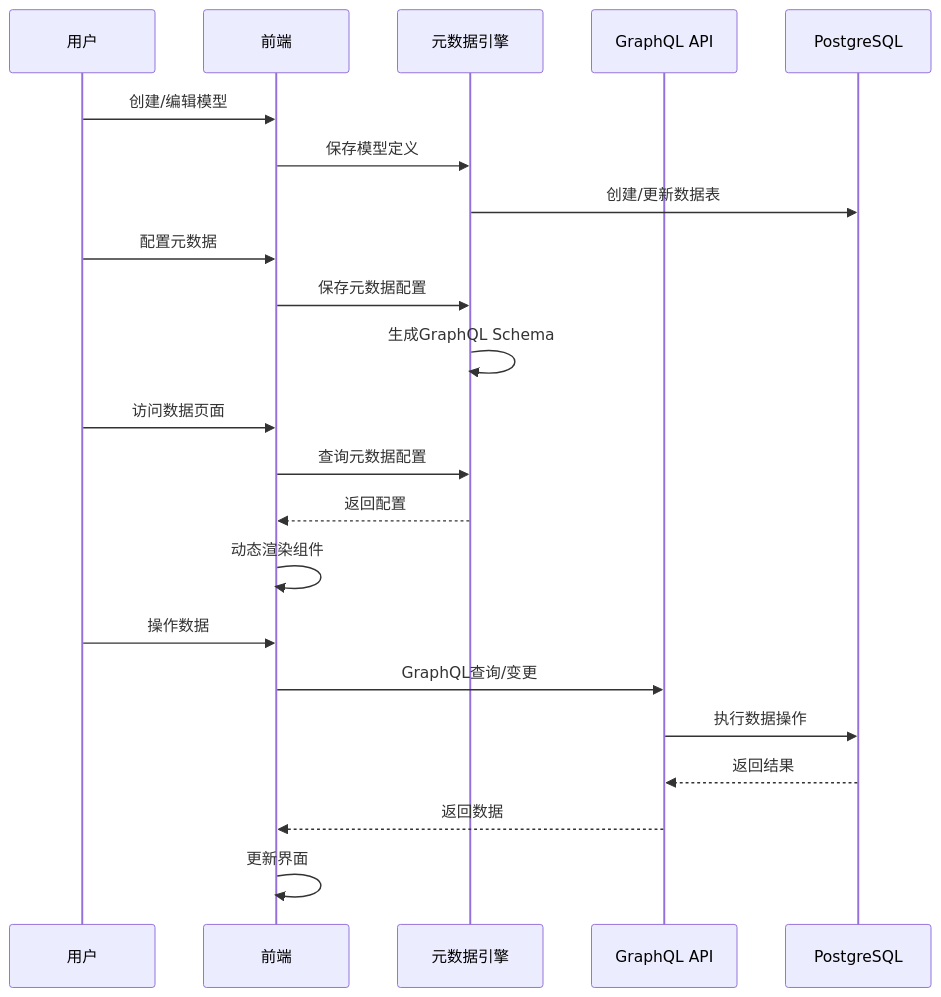
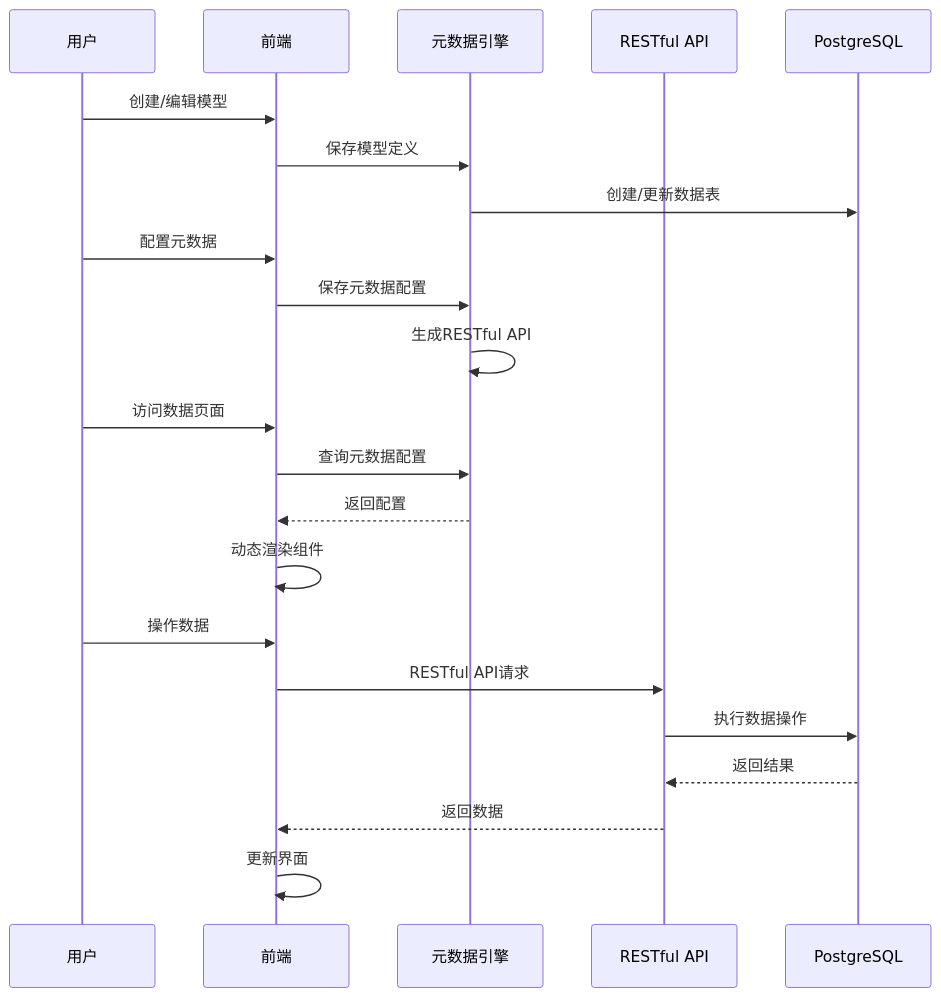
Before and after one commit to HeChuQIU/RuYi: the second of 3 diagrams in docs/architecture/system-architecture.md, drawn with Mermaid. The commit also changed other lines of this file and 6 other files, not shown here.

First line of the commit message:
更新技术栈和文档：迁移到 vue-admin-better 和 RESTful API

````diff
--- a/docs/architecture/system-architecture.md
+++ b/docs/architecture/system-architecture.md
@@ -72,28 +72,28 @@
 ```mermaid
 sequenceDiagram
     participant User as 用户
     participant Frontend as 前端
     participant MetadataEngine as 元数据引擎
-    participant GraphQL as GraphQL API
+    participant RESTAPI as RESTful API
     participant DB as PostgreSQL
     
     User->>Frontend: 创建/编辑模型
     Frontend->>MetadataEngine: 保存模型定义
     MetadataEngine->>DB: 创建/更新数据表
     
     User->>Frontend: 配置元数据
     Frontend->>MetadataEngine: 保存元数据配置
-    MetadataEngine->>MetadataEngine: 生成GraphQL Schema
+    MetadataEngine->>MetadataEngine: 生成RESTful API
     
     User->>Frontend: 访问数据页面
     Frontend->>MetadataEngine: 查询元数据配置
     MetadataEngine-->>Frontend: 返回配置
     Frontend->>Frontend: 动态渲染组件
     
     User->>Frontend: 操作数据
-    Frontend->>GraphQL: GraphQL查询/变更
-    GraphQL->>DB: 执行数据操作
-    DB-->>GraphQL: 返回结果
-    GraphQL-->>Frontend: 返回数据
+    Frontend->>RESTAPI: RESTful API请求
+    RESTAPI->>DB: 执行数据操作
+    DB-->>RESTAPI: 返回结果
+    RESTAPI-->>Frontend: 返回数据
     Frontend->>Frontend: 更新界面
 ```
````
